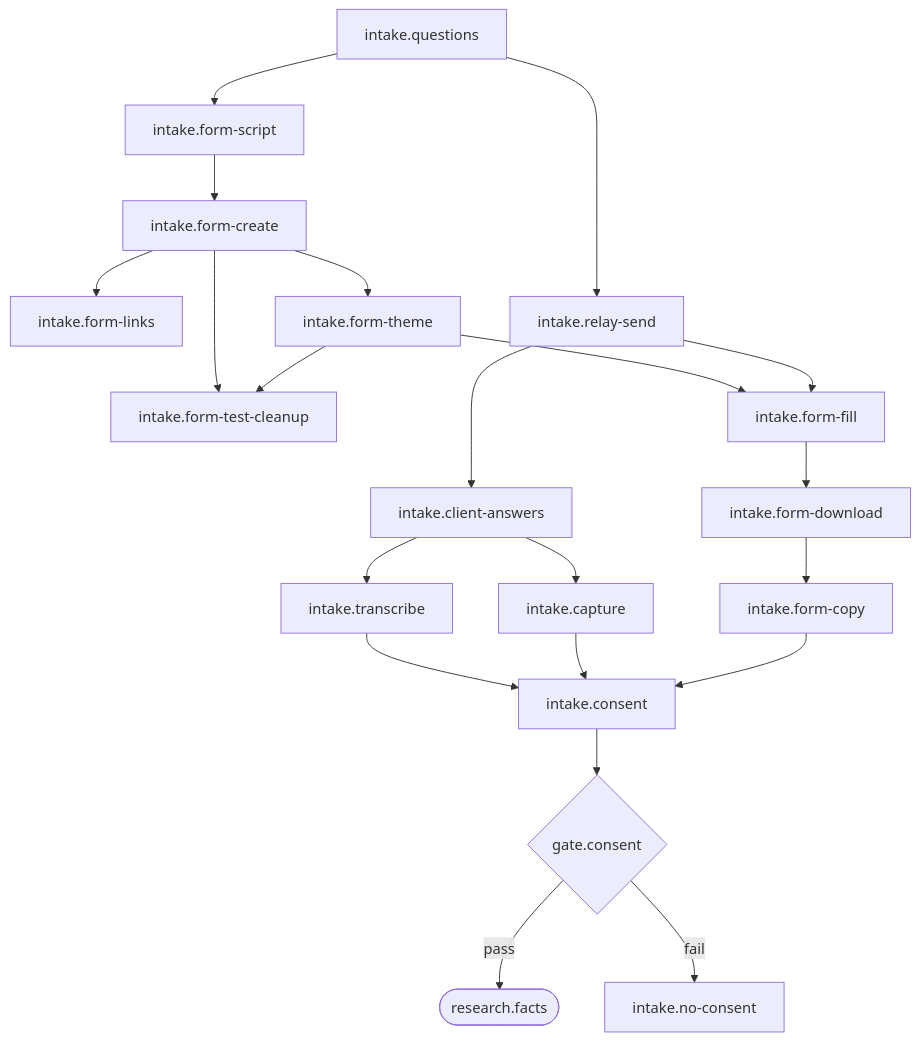
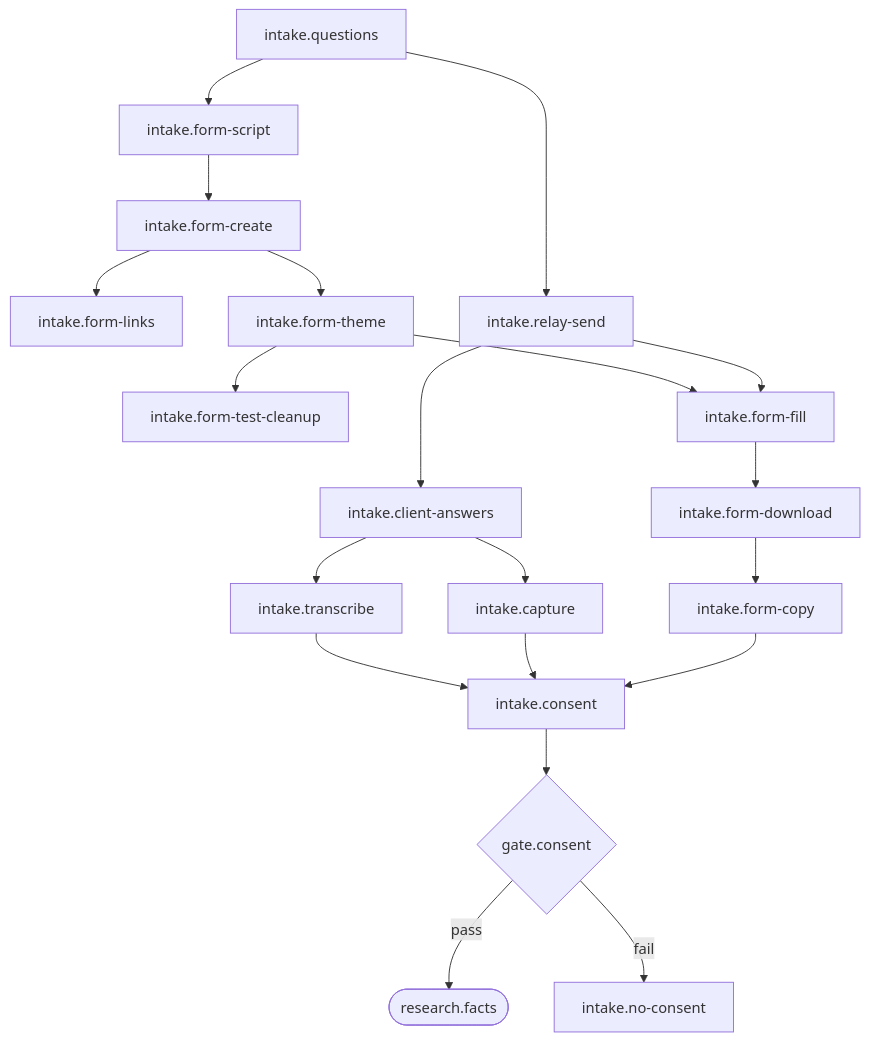
Before and after one commit to jimzord12/cvgen: the diagram in docs/workflow/02-intake/README.md, drawn with Mermaid. The commit also changed 9 other files, not shown here.

````diff
--- a/docs/workflow/02-intake/README.md
+++ b/docs/workflow/02-intake/README.md
@@ -17,41 +17,40 @@
 ```mermaid
 flowchart TD
-  %% An arrow implied by a longer path (not through an optional step) is left out; the tables list every input and handover.
+  %% An arrow implied by a longer path is left out, unless that path runs through an optional step with another condition; the tables list every input and handover.
   s_intake__questions["intake.questions"]
   s_intake__form_script["intake.form-script"]
   s_intake__form_create["intake.form-create"]
   s_intake__form_links["intake.form-links"]
   s_intake__form_theme["intake.form-theme"]
   s_intake__form_test_cleanup["intake.form-test-cleanup"]
   s_intake__relay_send["intake.relay-send"]
   s_intake__client_answers["intake.client-answers"]
   s_intake__form_fill["intake.form-fill"]
   s_intake__transcribe["intake.transcribe"]
   s_intake__capture["intake.capture"]
   s_intake__form_download["intake.form-download"]
   s_intake__form_copy["intake.form-copy"]
   s_intake__consent["intake.consent"]
   s_intake__no_consent["intake.no-consent"]
   g_gate__consent{"gate.consent"}
   x_research__facts(["research.facts"])
   s_intake__questions --> s_intake__form_script
   s_intake__questions --> s_intake__relay_send
   s_intake__form_script --> s_intake__form_create
   s_intake__form_create --> s_intake__form_links
   s_intake__form_create --> s_intake__form_theme
-  s_intake__form_create --> s_intake__form_test_cleanup
   s_intake__form_theme --> s_intake__form_test_cleanup
   s_intake__form_theme --> s_intake__form_fill
   s_intake__relay_send --> s_intake__client_answers
   s_intake__relay_send --> s_intake__form_fill
   s_intake__client_answers --> s_intake__transcribe
   s_intake__client_answers --> s_intake__capture
   s_intake__form_fill --> s_intake__form_download
   s_intake__transcribe --> s_intake__consent
   s_intake__capture --> s_intake__consent
   s_intake__form_download --> s_intake__form_copy
   s_intake__form_copy --> s_intake__consent
   s_intake__consent --> g_gate__consent
   g_gate__consent -->|"pass"| x_research__facts
   g_gate__consent -->|"fail"| s_intake__no_consent
 ```
````
